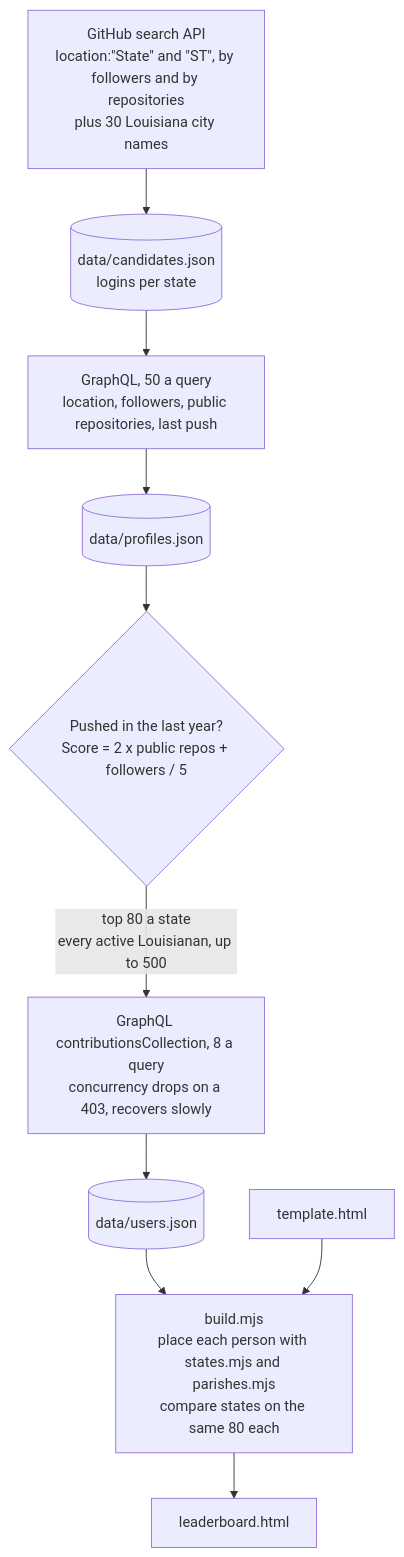
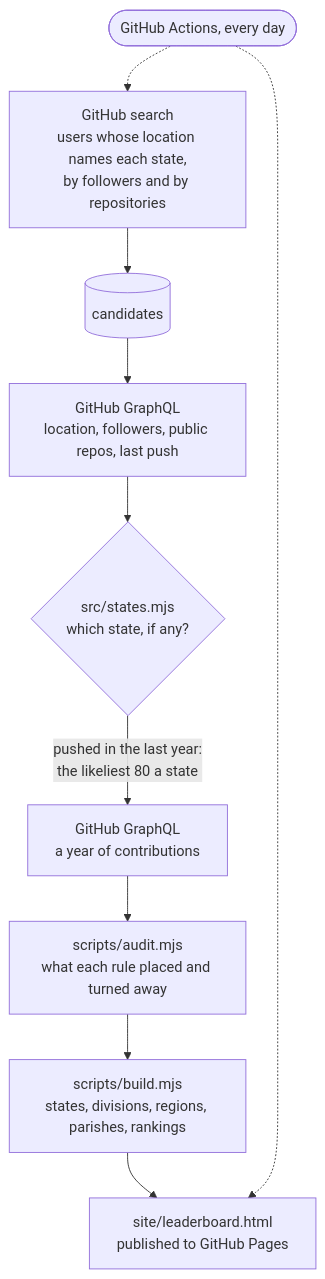
One commit to sahilkanger/github-leaderboard changed the diagram in README.md. Above: the diagram before and after it, drawn with Mermaid. The commit also changed other lines of this file and 23 other files, not shown here.

First line of the commit message:
All 50 states, checked placement, daily refresh, and room to contribute

````diff
--- a/README.md
+++ b/README.md
@@ -21,12 +22,12 @@
 ```mermaid
 flowchart TD
-    A["GitHub search API<br/>location:&quot;State&quot; and &quot;ST&quot;, by followers and by repositories<br/>plus 30 Louisiana city names"] --> B[("data/candidates.json<br/>logins per state")]
-    B --> C["GraphQL, 50 a query<br/>location, followers, public repositories, last push"]
-    C --> D[("data/profiles.json")]
-    D --> E{"Pushed in the last year?<br/>Score = 2 x public repos + followers / 5"}
-    E -->|"top 80 a state<br/>every active Louisianan, up to 500"| F["GraphQL contributionsCollection, 8 a query<br/>concurrency drops on a 403, recovers slowly"]
-    F --> G[("data/users.json")]
-    G --> H["build.mjs<br/>place each person with states.mjs and parishes.mjs<br/>compare states on the same 80 each"]
-    T["template.html"] --> H
-    H --> L["leaderboard.html"]
+    search["GitHub search<br/>users whose location names each state,<br/>by followers and by repositories"] --> cands[("candidates")]
+    cands --> prof["GitHub GraphQL<br/>location, followers, public repos, last push"]
+    prof --> place{"src/states.mjs<br/>which state, if any?"}
+    place -->|"pushed in the last year:<br/>the likeliest 80 a state"| contrib["GitHub GraphQL<br/>a year of contributions"]
+    contrib --> audit["scripts/audit.mjs<br/>what each rule placed and turned away"]
+    audit --> build["scripts/build.mjs<br/>states, divisions, regions, parishes, rankings"]
+    build --> page["site/leaderboard.html<br/>published to GitHub Pages"]
+    daily(["GitHub Actions, every day"]) -.-> search
+    daily -.-> page
 ```
````
